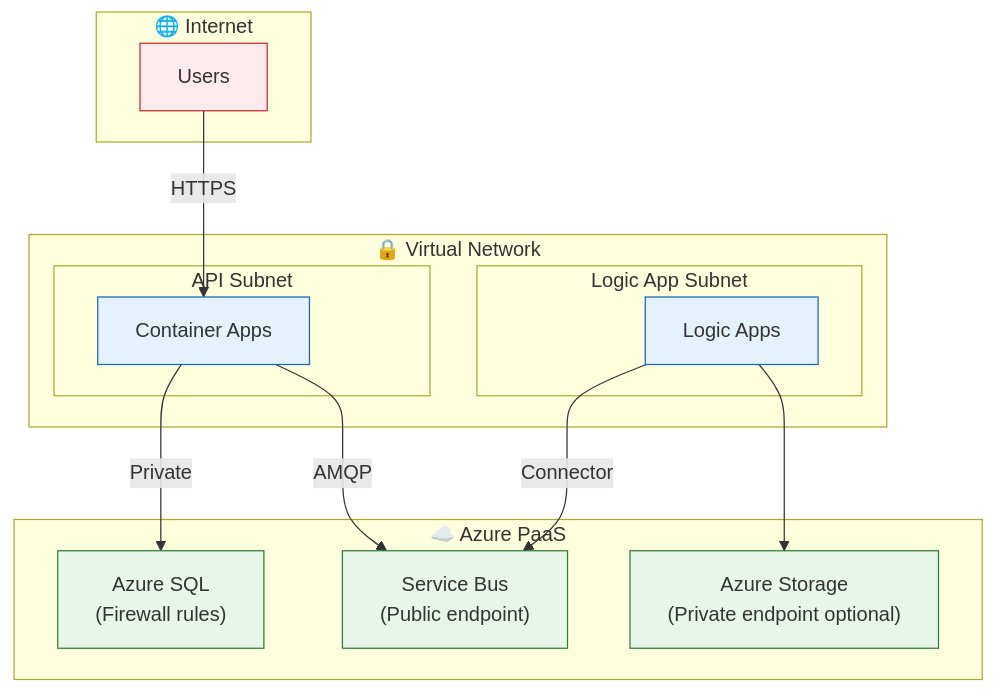
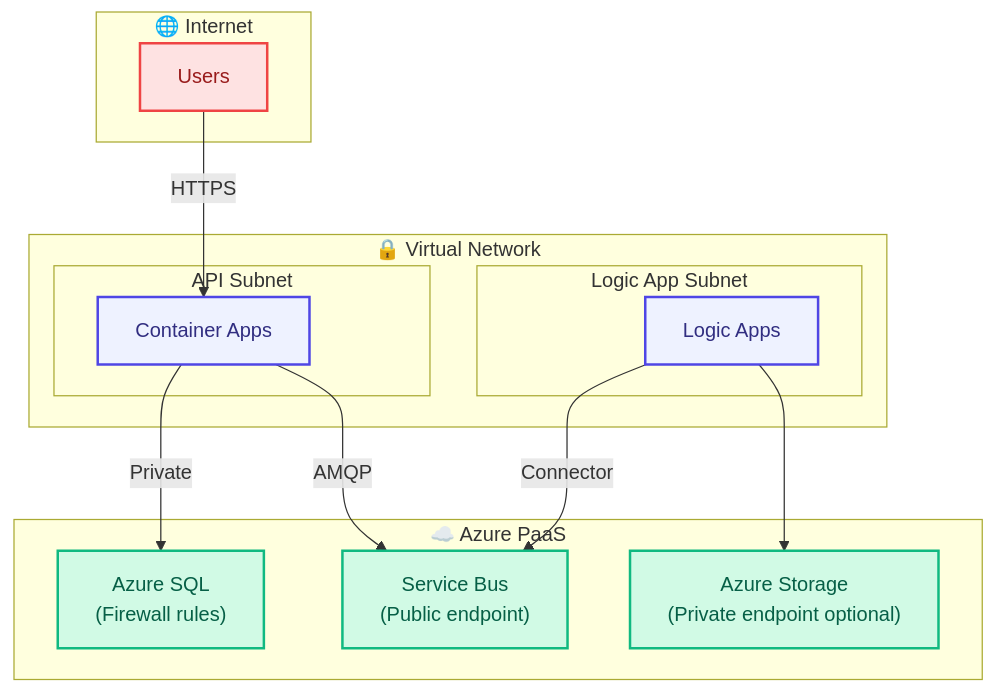
The fourth of 4 diagrams in docs/architecture/06-security-architecture.md (Evilazaro/Azure-LogicApps-Monitoring), drawn with Mermaid before and after one commit. The commit also changed other lines of this file and 1 other file, not shown here.

Commit message:
feat(docs): Update security and deployment architecture diagrams with modern color palette and detailed annotations

````diff
--- a/docs/architecture/06-security-architecture.md
+++ b/docs/architecture/06-security-architecture.md
@@ -218,35 +225,38 @@
 ```mermaid
 flowchart TB
+    %% Network Security Topology - VNet integration and PaaS connectivity
     subgraph Internet["🌐 Internet"]
         Users["Users"]
     end
 
     subgraph VNet["🔒 Virtual Network"]
         subgraph APISubnet["API Subnet"]
             API["Container Apps"]
         end
         subgraph LASubnet["Logic App Subnet"]
             LA["Logic Apps"]
         end
     end
 
     subgraph PaaS["☁️ Azure PaaS"]
         SQL["Azure SQL<br/>(Firewall rules)"]
         SB["Service Bus<br/>(Public endpoint)"]
         Storage["Azure Storage<br/>(Private endpoint optional)"]
     end
 
+    %% Network flows
     Users -->|"HTTPS"| API
     API -->|"Private"| SQL
     API -->|"AMQP"| SB
     LA -->|"Connector"| SB
     LA --> Storage
 
-    classDef internet fill:#ffebee,stroke:#c62828
-    classDef vnet fill:#e3f2fd,stroke:#1565c0
-    classDef paas fill:#e8f5e9,stroke:#2e7d32
+    %% Modern color palette - WCAG AA compliant
+    classDef internet fill:#FEE2E2,stroke:#EF4444,stroke-width:2px,color:#991B1B
+    classDef vnet fill:#EEF2FF,stroke:#4F46E5,stroke-width:2px,color:#312E81
+    classDef paas fill:#D1FAE5,stroke:#10B981,stroke-width:2px,color:#065F46
 
     class Users internet
     class API,LA vnet
     class SQL,SB,Storage paas
 ```
````
